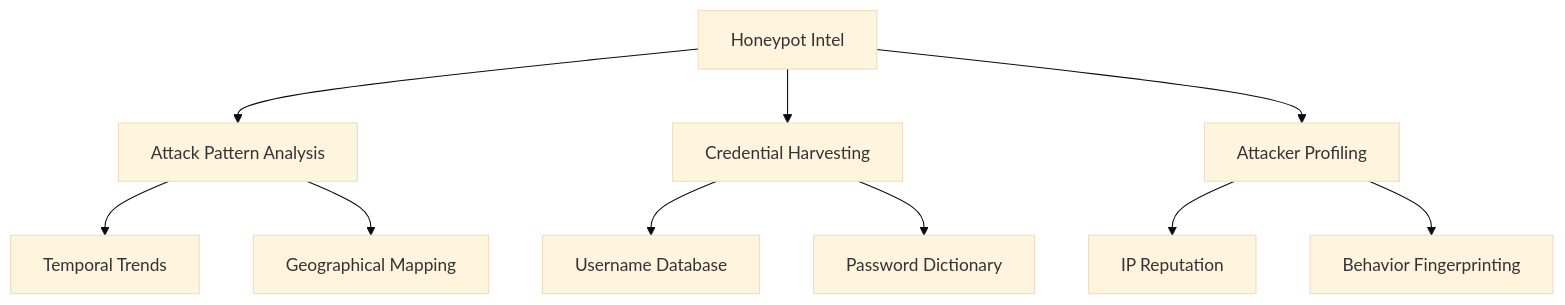
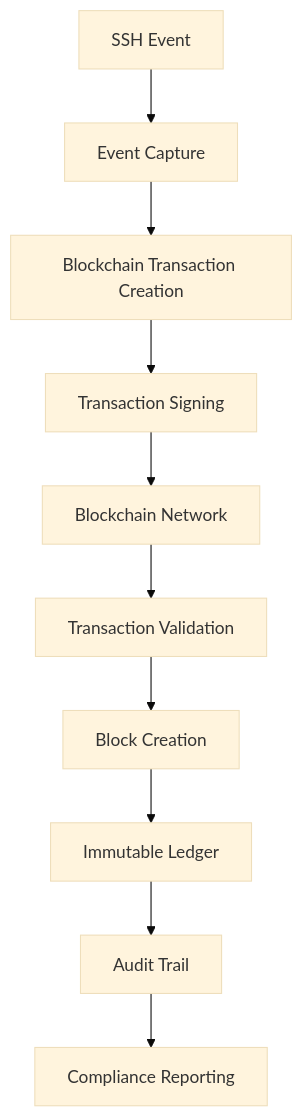
Before and after one commit to cipherbite/mastering-linux: the sixth of 6 diagrams in mastering-ssh-part-one/6 - Advance SSH Usage.md, drawn with Mermaid (base theme). The commit also changed other lines of this file, not shown here.

Commit message:
Update 6 - Advance SSH Usage.md

````diff
--- a/mastering-ssh-part-one/6 - Advance SSH Usage.md
+++ b/mastering-ssh-part-one/6 - Advance SSH Usage.md
@@ -428,12 +519,12 @@
 ```mermaid
 graph TD
-    A[Honeypot Intel] --> B[Attack Pattern Analysis]
-    A --> C[Credential Harvesting]
-    A --> D[Attacker Profiling]
-    B --> E[Temporal Trends]
-    B --> F[Geographical Mapping]
-    C --> G[Username Database]
-    C --> H[Password Dictionary]
-    D --> I[IP Reputation]
-    D --> J[Behavior Fingerprinting]
+    A[SSH Event] --> B[Event Capture]
+    B --> C[Blockchain Transaction Creation]
+    C --> D[Transaction Signing]
+    D --> E[Blockchain Network]
+    E --> F[Transaction Validation]
+    F --> G[Block Creation]
+    G --> H[Immutable Ledger]
+    H --> I[Audit Trail]
+    I --> J[Compliance Reporting]
 ```
````
